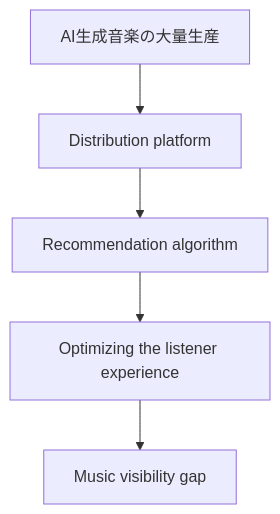
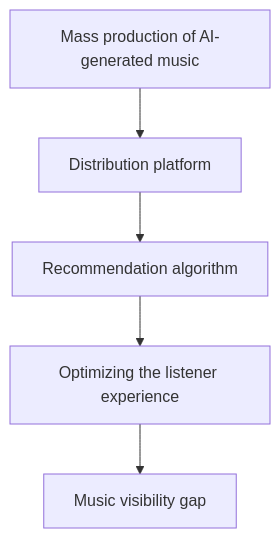
Before and after one commit to monumental-movement/monumental-movement.github.io: the third of 4 diagrams in en/_posts/2026-06-27-column-ai-music-future.md, drawn with Mermaid. The commit also changed other lines of this file and 423 other files, not shown here.

```diff
--- a/en/_posts/2026-06-27-column-ai-music-future.md
+++ b/en/_posts/2026-06-27-column-ai-music-future.md
@@ -171,7 +171,7 @@
 <div class="mermaid">
 flowchart TD
-A["AI生成音楽の大量生産"] --> B["Distribution platform"]
+A["Mass production of AI-generated music"] --> B["Distribution platform"]
 B --> C["Recommendation algorithm"]
 C --> D["Optimizing the listener experience"]
 D --> E["Music visibility gap"]
 </div>
```
